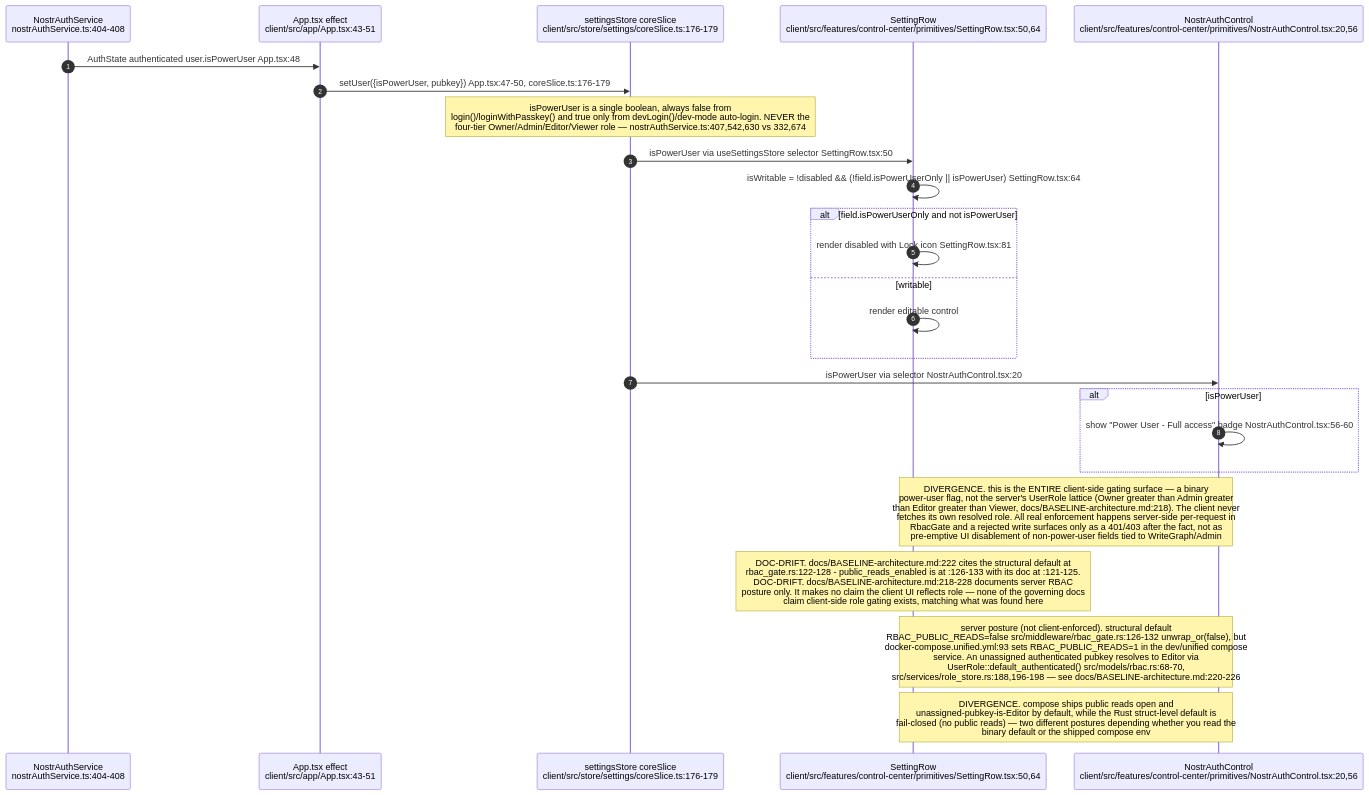
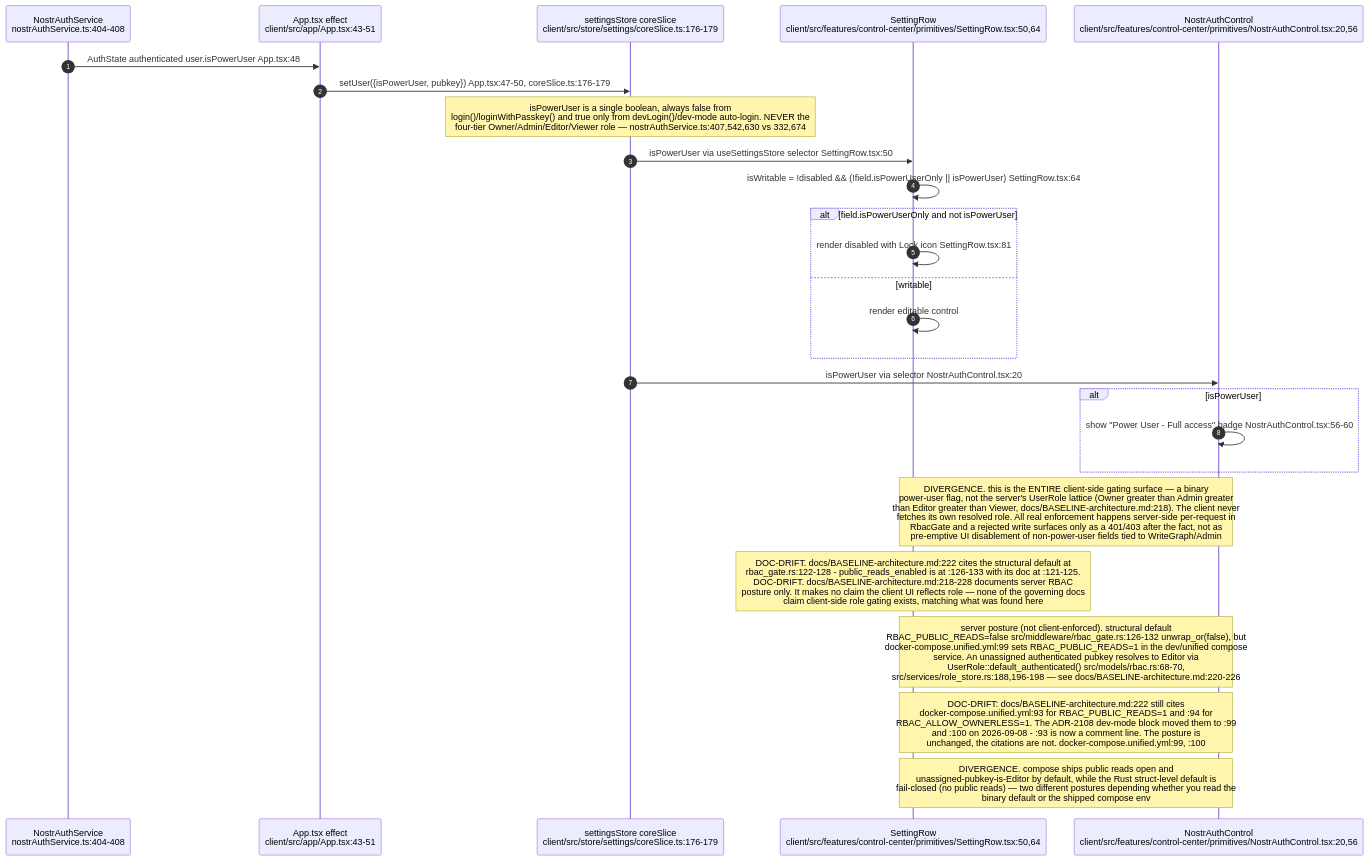
The sixth of 9 diagrams in docs/diagrams/visionclaw/33-client-auth-and-identity.md (DreamLab-AI/VisionFlow), drawn with Mermaid before and after one commit. The commit also changed other lines of this file and 32 other files, not shown here.

````diff
--- a/docs/diagrams/visionclaw/33-client-auth-and-identity.md
+++ b/docs/diagrams/visionclaw/33-client-auth-and-identity.md
@@ -286,30 +286,31 @@
 ```mermaid
 sequenceDiagram
     autonumber
     participant NA as NostrAuthService<br/>nostrAuthService.ts:404-408
     participant App as App.tsx effect<br/>client/src/app/App.tsx:43-51
     participant Store as settingsStore coreSlice<br/>client/src/store/settings/coreSlice.ts:176-179
     participant Row as SettingRow<br/>client/src/features/control-center/primitives/SettingRow.tsx:50,64
     participant Ctl as NostrAuthControl<br/>client/src/features/control-center/primitives/NostrAuthControl.tsx:20,56
 
     NA->>App: AuthState authenticated user.isPowerUser App.tsx:48
     App->>Store: setUser({isPowerUser, pubkey}) App.tsx:47-50, coreSlice.ts:176-179
     Note over Store: isPowerUser is a single boolean, always false from<br/>login()/loginWithPasskey() and true only from devLogin()/dev-mode auto-login. NEVER the<br/>four-tier Owner/Admin/Editor/Viewer role — nostrAuthService.ts:407,542,630 vs 332,674
     Store->>Row: isPowerUser via useSettingsStore selector SettingRow.tsx:50
     Row->>Row: isWritable = !disabled && (!field.isPowerUserOnly || isPowerUser) SettingRow.tsx:64
     alt field.isPowerUserOnly and not isPowerUser
         Row->>Row: render disabled with Lock icon SettingRow.tsx:81
     else writable
         Row->>Row: render editable control
     end
     Store->>Ctl: isPowerUser via selector NostrAuthControl.tsx:20
     alt isPowerUser
         Ctl->>Ctl: show "Power User - Full access" badge NostrAuthControl.tsx:56-60
     end
 
     Note over Row,Ctl: DIVERGENCE. this is the ENTIRE client-side gating surface — a binary<br/>power-user flag, not the server's UserRole lattice (Owner greater than Admin greater<br/>than Editor greater than Viewer, docs/BASELINE-architecture.md:218). The client never<br/>fetches its own resolved role. All real enforcement happens server-side per-request in<br/>RbacGate and a rejected write surfaces only as a 401/403 after the fact, not as<br/>pre-emptive UI disablement of non-power-user fields tied to WriteGraph/Admin
     Note over Row: DOC-DRIFT. docs/BASELINE-architecture.md:222 cites the structural default at<br/>rbac_gate.rs:122-128 - public_reads_enabled is at :126-133 with its doc at :121-125.<br/>DOC-DRIFT. docs/BASELINE-architecture.md:218-228 documents server RBAC<br/>posture only. It makes no claim the client UI reflects role — none of the governing docs<br/>claim client-side role gating exists, matching what was found here
 
-    Note over Row,Ctl: server posture (not client-enforced). structural default<br/>RBAC_PUBLIC_READS=false src/middleware/rbac_gate.rs:126-132 unwrap_or(false), but<br/>docker-compose.unified.yml:93 sets RBAC_PUBLIC_READS=1 in the dev/unified compose<br/>service. An unassigned authenticated pubkey resolves to Editor via<br/>UserRole::default_authenticated() src/models/rbac.rs:68-70,<br/>src/services/role_store.rs:188,196-198 — see docs/BASELINE-architecture.md:220-226
+    Note over Row,Ctl: server posture (not client-enforced). structural default<br/>RBAC_PUBLIC_READS=false src/middleware/rbac_gate.rs:126-132 unwrap_or(false), but<br/>docker-compose.unified.yml:99 sets RBAC_PUBLIC_READS=1 in the dev/unified compose<br/>service. An unassigned authenticated pubkey resolves to Editor via<br/>UserRole::default_authenticated() src/models/rbac.rs:68-70,<br/>src/services/role_store.rs:188,196-198 — see docs/BASELINE-architecture.md:220-226
+    Note over Row,Ctl: DOC-DRIFT: docs/BASELINE-architecture.md:222 still cites<br/>docker-compose.unified.yml:93 for RBAC_PUBLIC_READS=1 and :94 for<br/>RBAC_ALLOW_OWNERLESS=1. The ADR-2108 dev-mode block moved them to :99<br/>and :100 on 2026-09-08 - :93 is now a comment line. The posture is<br/>unchanged, the citations are not. docker-compose.unified.yml:99, :100
     Note over Row,Ctl: DIVERGENCE. compose ships public reads open and<br/>unassigned-pubkey-is-Editor by default, while the Rust struct-level default is<br/>fail-closed (no public reads) — two different postures depending whether you read the<br/>binary default or the shipped compose env
 ```
````
